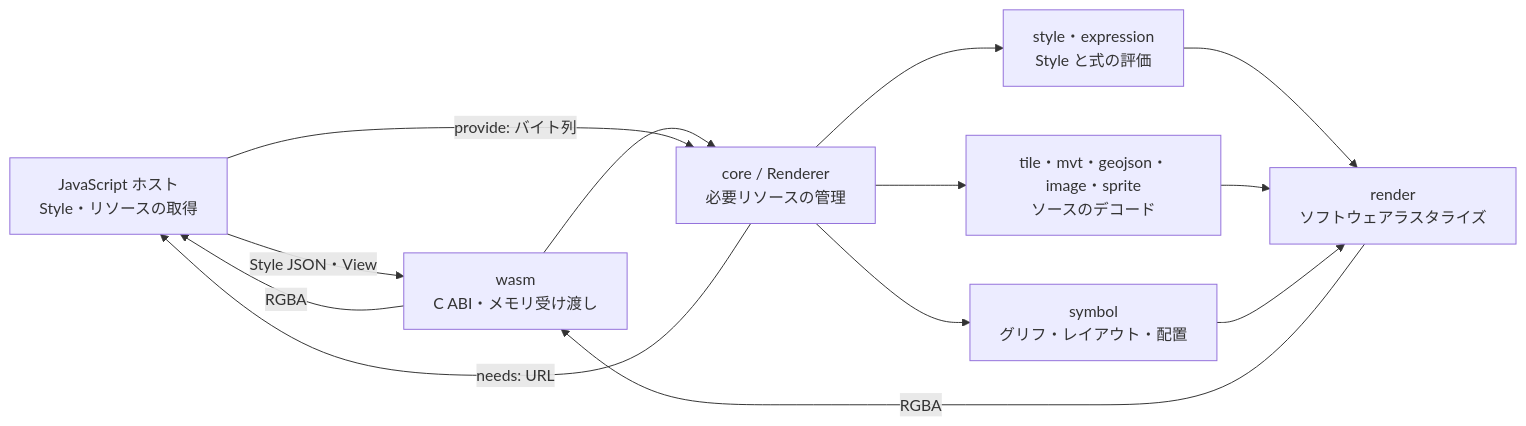
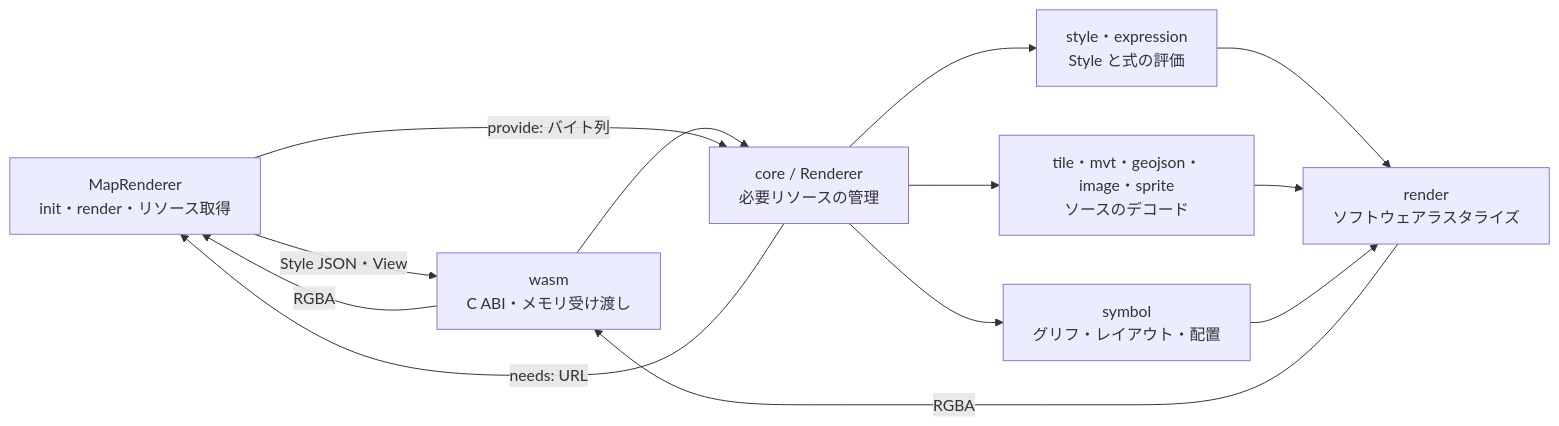
The diagram in README.md (Kanahiro/ml2drender), drawn with Mermaid before and after one commit. The commit also changed other lines of this file and 2 other files, not shown here.

Commit message:
Add high-level JavaScript renderer API

````diff
--- a/README.md
+++ b/README.md
@@ -49,15 +50,15 @@
 ```mermaid
 flowchart LR
-    Host[JavaScript ホスト<br/>Style・リソースの取得] -->|Style JSON・View| ABI[wasm<br/>C ABI・メモリ受け渡し]
+    Host[MapRenderer<br/>init・render・リソース取得] -->|Style JSON・View| ABI[wasm<br/>C ABI・メモリ受け渡し]
     ABI --> Core[core / Renderer<br/>必要リソースの管理]
     Core -->|needs: URL| Host
     Host -->|provide: バイト列| Core
     Core --> Style[style・expression<br/>Style と式の評価]
     Core --> Sources[tile・mvt・geojson・image・sprite<br/>ソースのデコード]
     Core --> Symbols[symbol<br/>グリフ・レイアウト・配置]
     Style --> Draw[render<br/>ソフトウェアラスタライズ]
     Sources --> Draw
     Symbols --> Draw
     Draw -->|RGBA| ABI
     ABI -->|RGBA| Host
 ```
````
